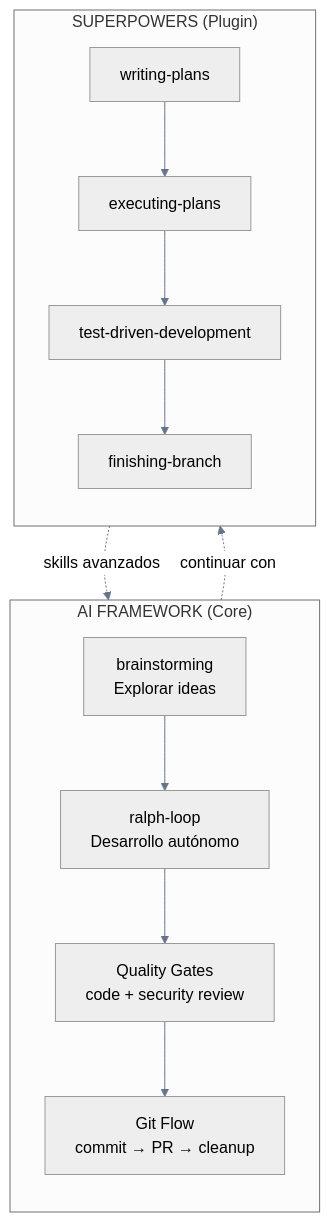
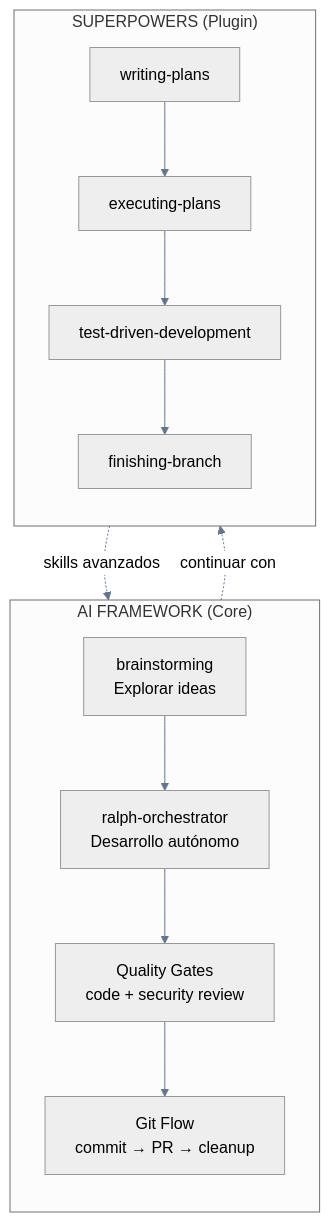
Before and after one commit to Dario-Arcos/ai-framework: the diagram in human-handbook/docs/ai-first-workflow.md, drawn with Mermaid. The commit also changed other lines of this file and 41 other files, not shown here.

````diff
--- a/human-handbook/docs/ai-first-workflow.md
+++ b/human-handbook/docs/ai-first-workflow.md
@@ -9,20 +9,20 @@
 ```mermaid
 %%{init: {'theme': 'neutral', 'themeVariables': { 'primaryColor': '#6366f1', 'primaryTextColor': '#1e293b', 'primaryBorderColor': '#4f46e5', 'lineColor': '#64748b', 'secondaryColor': '#f1f5f9', 'tertiaryColor': '#e2e8f0'}}}%%
 flowchart TB
     subgraph CORE["AI FRAMEWORK (Core)"]
         direction TB
-        BR[brainstorming<br/>Explorar ideas] --> RL[ralph-loop<br/>Desarrollo autónomo]
+        BR[brainstorming<br/>Explorar ideas] --> RL[ralph-orchestrator<br/>Desarrollo autónomo]
         RL --> QG[Quality Gates<br/>code + security review]
         QG --> GIT[Git Flow<br/>commit → PR → cleanup]
     end
 
     subgraph EXT["SUPERPOWERS (Plugin)"]
         direction TB
         WP[writing-plans] --> EP[executing-plans]
         EP --> TDD[test-driven-development]
         TDD --> FB[finishing-branch]
     end
 
     BR -.->|"continuar con"| EXT
     EXT -.->|"skills avanzados"| CORE
 ```
````
